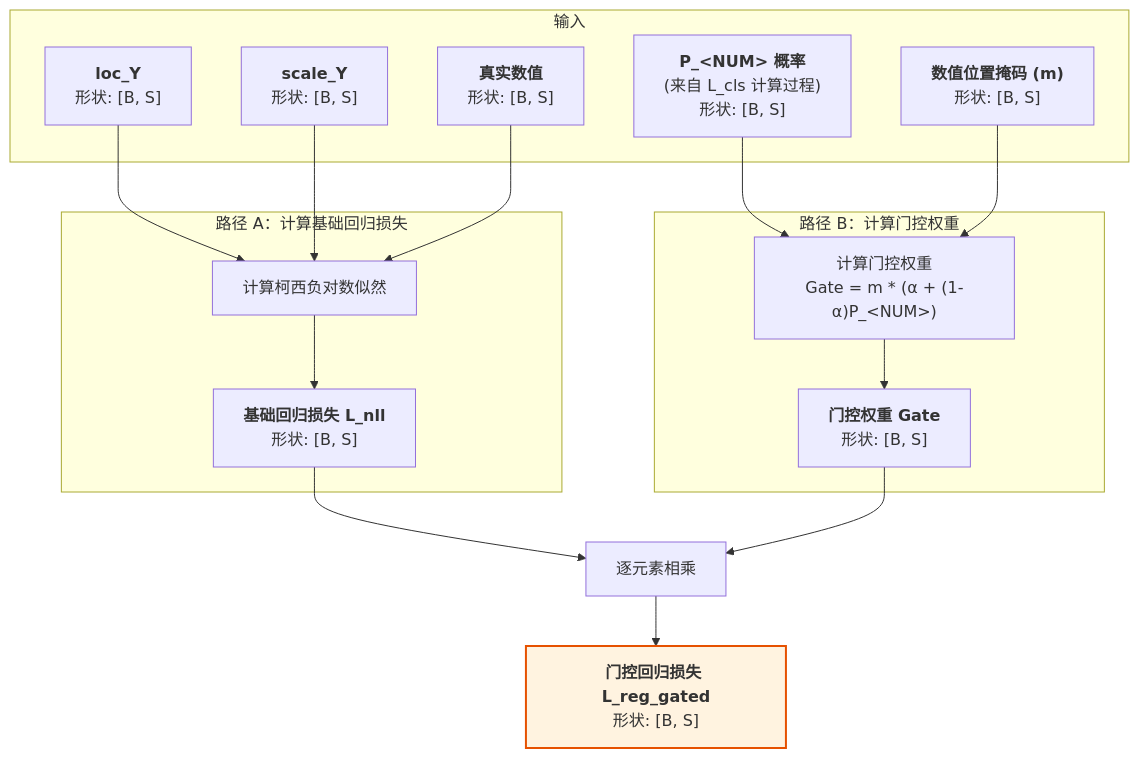
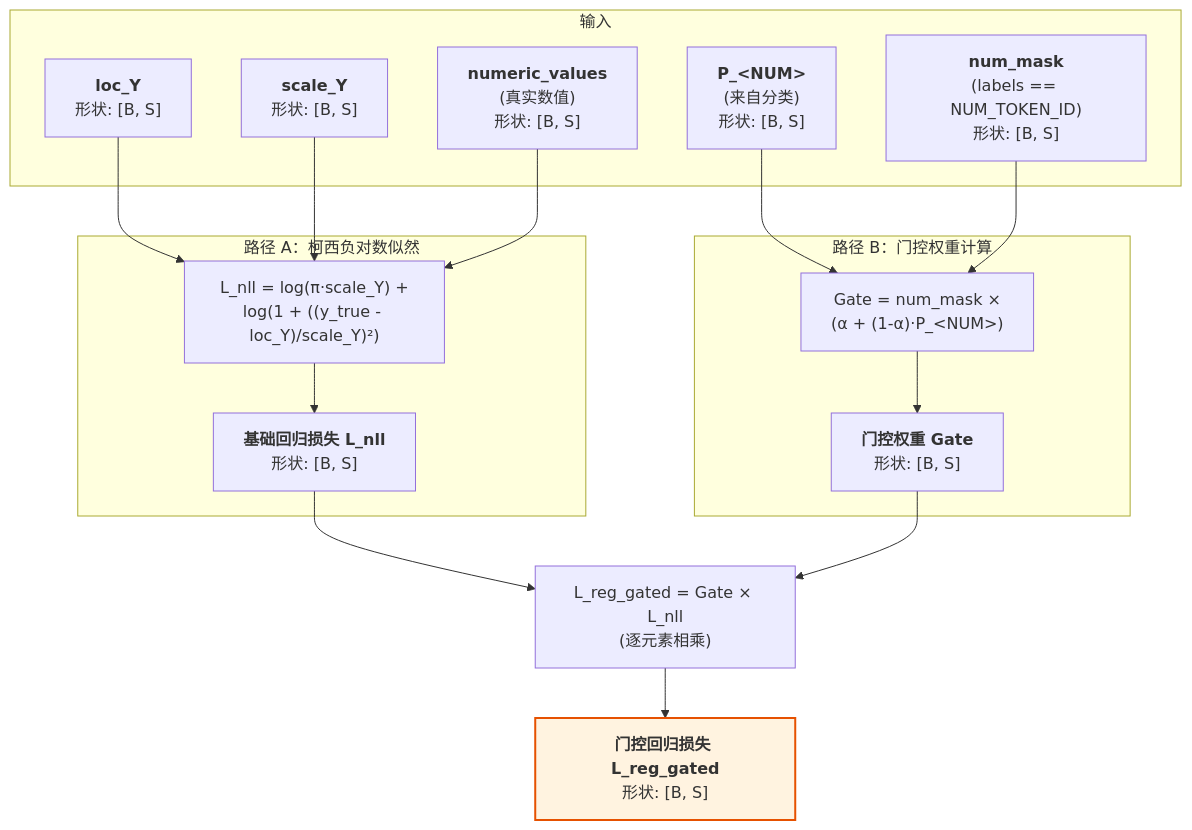
The eighth of 9 diagrams in docs/mathematical_foundations.md (1587causalai/CausalQwen), drawn with Mermaid before and after one commit. The commit also changed other lines of this file, not shown here.

````diff
--- a/docs/mathematical_foundations.md
+++ b/docs/mathematical_foundations.md
@@ -631,27 +637,25 @@
 ```mermaid
 graph TD
     subgraph "输入"
         A["<b>loc_Y</b><br>形状: [B, S]"]
         B["<b>scale_Y</b><br>形状: [B, S]"]
-        C["<b>真实数值</b><br>形状: [B, S]"]
-        D["<b>P_&lt;NUM&gt; 概率</b><br>(来自 L_cls 计算过程)<br>形状: [B, S]"]
-        E["<b>数值位置掩码 (m)</b><br>形状: [B, S]"]
+        C["<b>numeric_values</b><br>(真实数值)<br>形状: [B, S]"]
+        D["<b>P_&lt;NUM&gt;</b><br>(来自分类)<br>形状: [B, S]"]
+        E["<b>num_mask</b><br>(labels == NUM_TOKEN_ID)<br>形状: [B, S]"]
     end
 
-    subgraph "路径 A：计算基础回归损失"
-        A & B & C --> F["计算柯西负对数似然"]
+    subgraph "路径 A：柯西负对数似然"
+        A & B & C --> F["L_nll = log(π·scale_Y) +<br>log(1 + ((y_true - loc_Y)/scale_Y)²)"]
         F --> G["<b>基础回归损失 L_nll</b><br>形状: [B, S]"]
     end
 
-    subgraph "路径 B：计算门控权重"
-        D & E --> H["计算门控权重<br>Gate = m * (α + (1-α)P_&lt;NUM&gt;)"]
+    subgraph "路径 B：门控权重计算"
+        D & E --> H["Gate = num_mask ×<br>(α + (1-α)·P_&lt;NUM&gt;)"]
         H --> I["<b>门控权重 Gate</b><br>形状: [B, S]"]
     end
 
-    J[逐元素相乘]
-    G & I --> J
+    G & I --> J["L_reg_gated = Gate × L_nll<br>(逐元素相乘)"]
     J --> K["<b>门控回归损失 L_reg_gated</b><br>形状: [B, S]"]
-
 
     style K fill:#fff3e0,stroke:#e65100,stroke-width:2px
 ```
````
